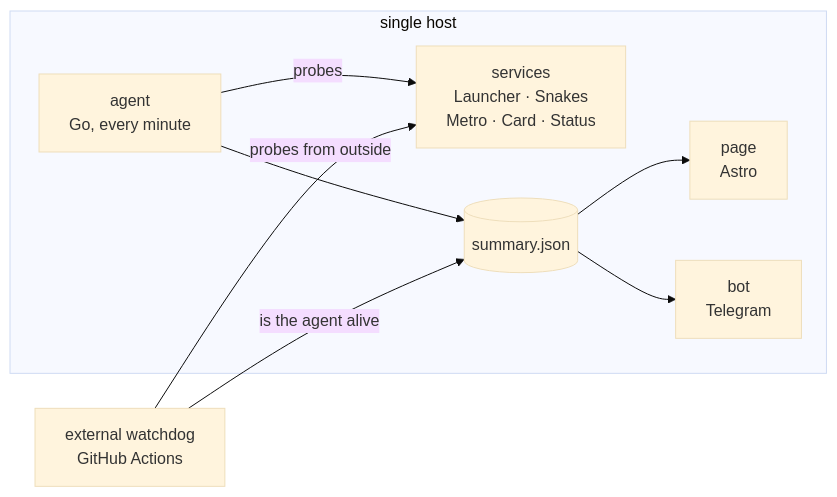
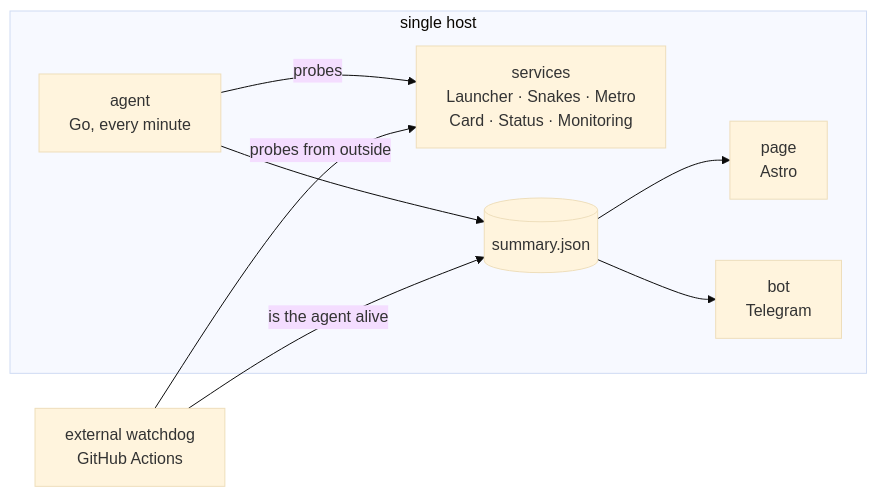
The diagram in README.en.md (tr0llex/Samoy.love-Status), drawn with Mermaid (base theme) before and after one commit. The commit also changed other lines of this file and 3 other files, not shown here.

````diff
--- a/README.en.md
+++ b/README.en.md
@@ -25,17 +25,17 @@
 ```mermaid
 flowchart LR
     subgraph host["single host"]
-        svc["services<br/>Launcher · Snakes<br/>Metro · Card · Status"]
+        svc["services<br/>Launcher · Snakes · Metro<br/>Card · Status · Monitoring"]
         agent["agent<br/>Go, every minute"]
         json[("summary.json")]
         page["page<br/>Astro"]
         bot["bot<br/>Telegram"]
         agent -->|probes| svc
         agent --> json
         json --> page
         json --> bot
     end
     watch["external watchdog<br/>GitHub Actions"]
     watch -->|probes from outside| svc
     watch -->|is the agent alive| json
 ```
````
